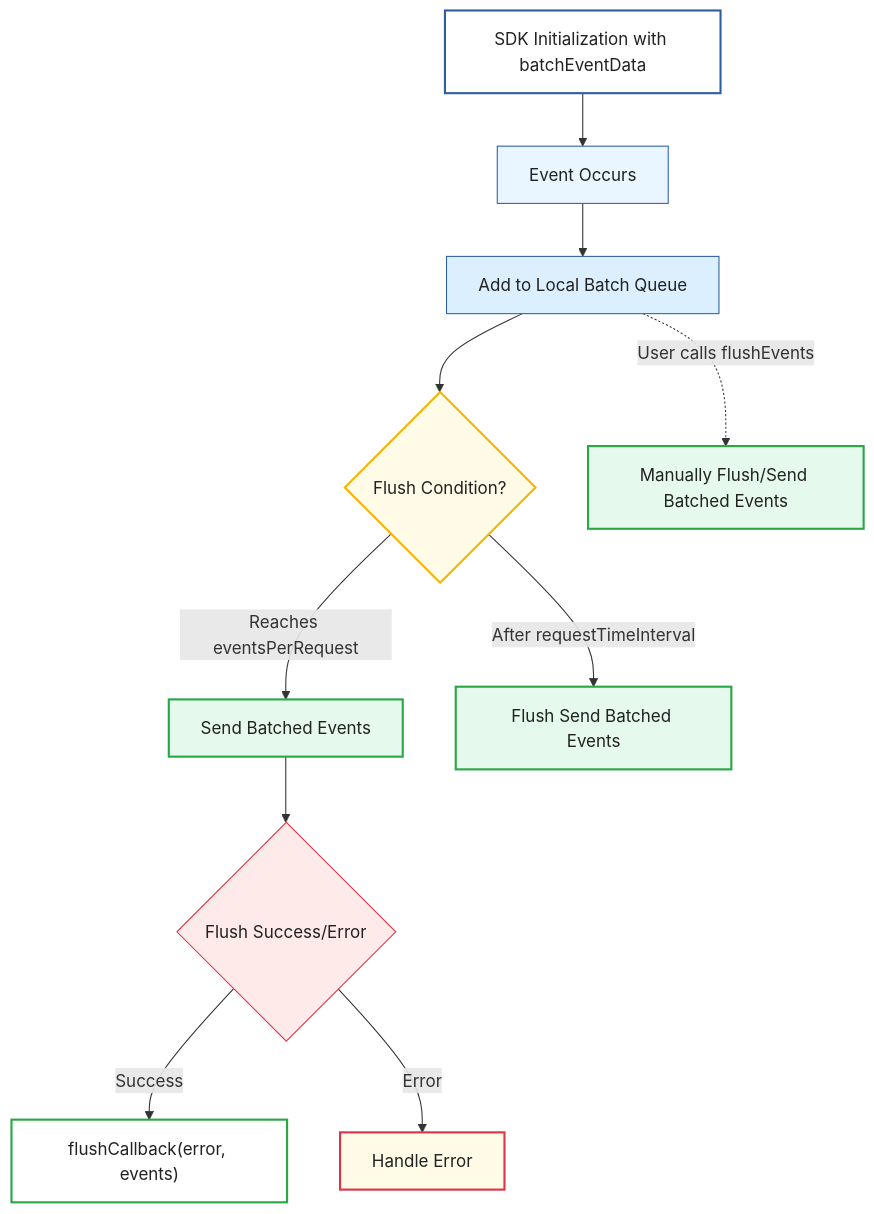
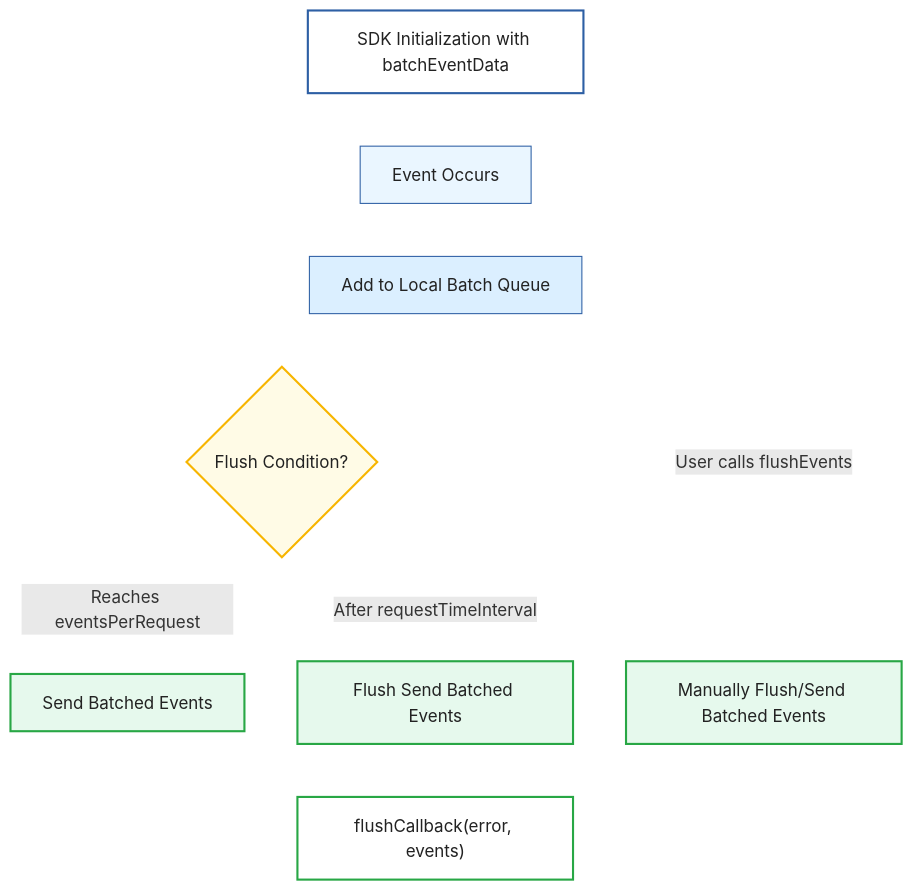
Before and after one commit to wingify/readme-central: the diagram in docs/Concepts/wip-rd-event-batching-copy.md, drawn with Mermaid.

Commit message:
Update doc `wip-rd-event-batching-copy`

````diff
--- a/docs/Concepts/wip-rd-event-batching-copy.md
+++ b/docs/Concepts/wip-rd-event-batching-copy.md
@@ -159,29 +159,31 @@
 ```mermaid
 flowchart TD
     A["SDK Initialization with batchEventData"] --> B["Event Occurs"]
     B --> C["Add to Local Batch Queue"]
 
     %% Automatic Flushing triggers
     C --> D1{"Flush Condition?"}
     D1 -->|"Reaches eventsPerRequest"| E1["Send Batched Events"]
     D1 -->|"After requestTimeInterval"| E2["Flush Send Batched Events"]
 
     %% Manual Flush
     C -.->|"User calls flushEvents"| E3["Manually Flush/Send Batched Events"]
 
-    E1 --> F1{"Flush Success/Error"}
-    F1 -->|"Success"| G["flushCallback(error, events)"]
-    F1 -->|"Error"| H["Handle Error"]
+    %% All flushes trigger callback
+    E1 --> X["flushCallback(error, events)"]
+    E2 --> X
+    E3 --> X
 
     %% Notes
     style A fill:#ffffff,stroke:#2d5fa4,stroke-width:2px,color:#222
     style B fill:#eaf6ff,stroke:#2d5fa4,stroke-width:1px,color:#222
     style C fill:#dbefff,stroke:#2d5fa4,stroke-width:1px,color:#222
     style D1 fill:#fffbe6,stroke:#f7b500,stroke-width:2px,color:#222
     style E1 fill:#e6f9ed,stroke:#28a745,stroke-width:2px,color:#222
     style E2 fill:#e6f9ed,stroke:#28a745,stroke-width:2px,color:#222
     style E3 fill:#e6f9ed,stroke:#28a745,stroke-width:2px,color:#222
-    style F1 fill:#ffeaea,stroke:#dc3545,stroke-width:1px,color:#222
-    style G fill:#ffffff,stroke:#28a745,stroke-width:2px,color:#222
-    style H fill:#fffbe6,stroke:#dc3545,stroke-width:2px,color:#222
+    style X fill:#ffffff,stroke:#28a745,stroke-width:2px,color:#222
+
+    %% Make all arrows white
+    linkStyle default stroke:#fff,stroke-width:2px
 ```
````
